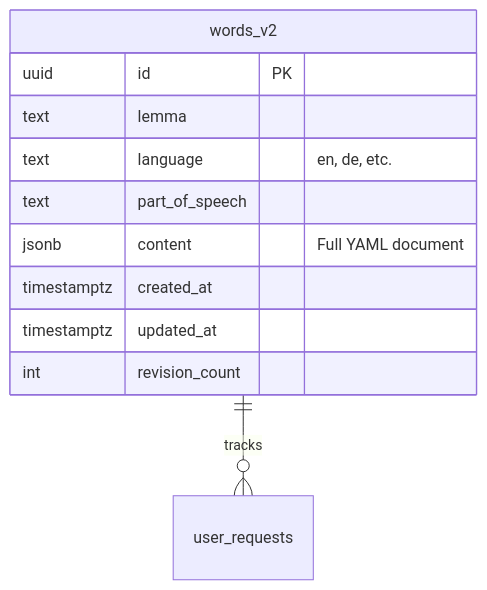
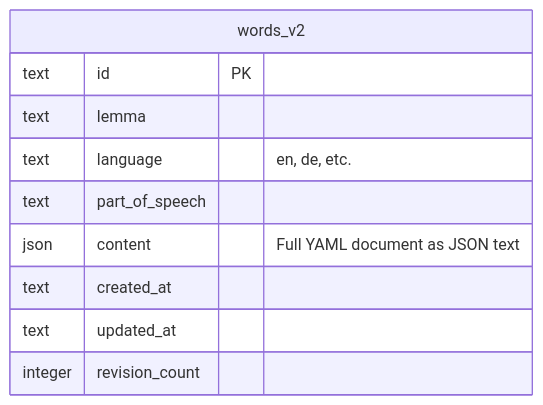
The diagram in docs/DATABASE.md (yelanyanyu/ad-fontes-manager), drawn with Mermaid before and after one commit. The commit also changed other lines of this file and 12 other files, not shown here.

````diff
--- a/docs/DATABASE.md
+++ b/docs/DATABASE.md
@@ -235,15 +14,13 @@
 ```mermaid
 erDiagram
-    words_v2 ||--o{ user_requests : tracks
-
     words_v2 {
-        uuid id PK
+        text id PK
         text lemma
         text language "en, de, etc."
         text part_of_speech
-        jsonb content "Full YAML document"
-        timestamptz created_at
-        timestamptz updated_at
-        int revision_count
+        json content "Full YAML document as JSON text"
+        text created_at
+        text updated_at
+        integer revision_count
     }
 ```
````
